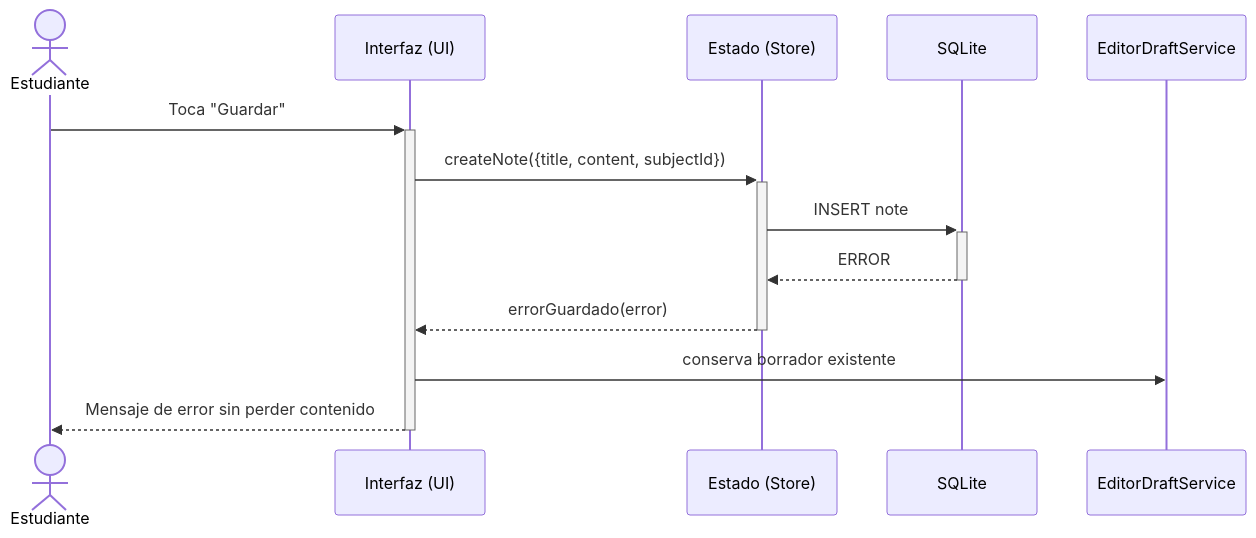
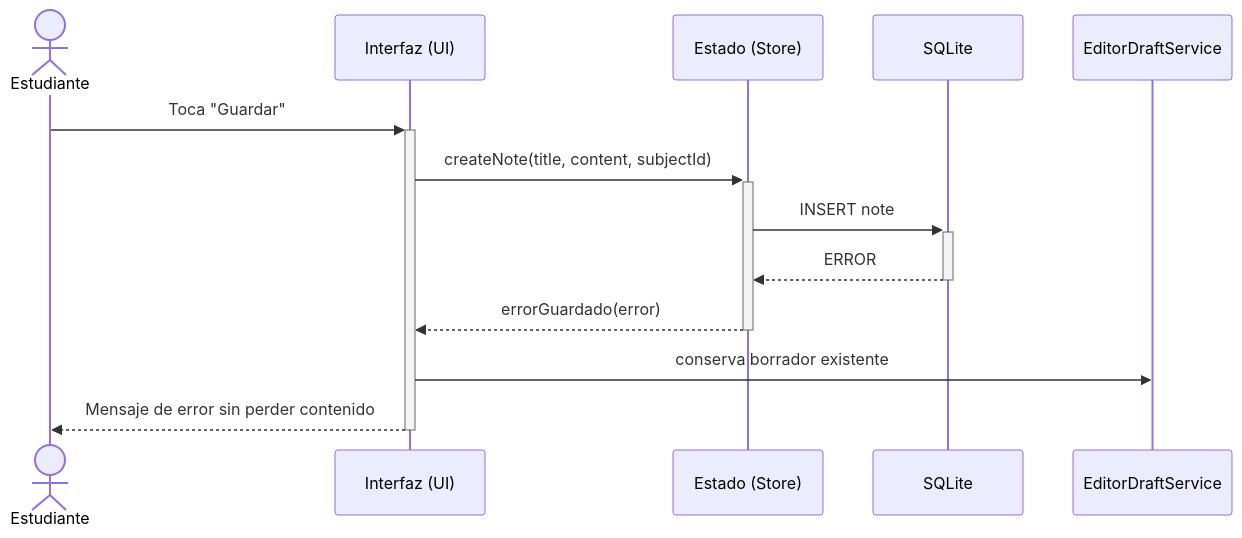
The fifth of 5 diagrams in docs/diagramas/secuencia-crear-nota.md (jdfesa/lumapse), drawn with Mermaid before and after one commit. The commit also changed other lines of this file and 2 other files, not shown here.

Commit message:
docs(diagrams): update Mermaid diagrams to align with current app features

````diff
--- a/docs/diagramas/secuencia-crear-nota.md
+++ b/docs/diagramas/secuencia-crear-nota.md
@@ -132,16 +134,16 @@
 ```mermaid
 sequenceDiagram
     actor EST as Estudiante
     participant UI as Interfaz (UI)
     participant STORE as Estado (Store)
     participant DB as SQLite
     participant DRAFT as EditorDraftService
 
     EST ->>+ UI: Toca "Guardar"
-    UI ->>+ STORE: createNote({title, content, subjectId})
+    UI ->>+ STORE: createNote(title, content, subjectId)
     STORE ->>+ DB: INSERT note
     DB -->>- STORE: ERROR
     STORE -->>- UI: errorGuardado(error)
     UI ->> DRAFT: conserva borrador existente
     UI -->>- EST: Mensaje de error sin perder contenido
 ```
````
